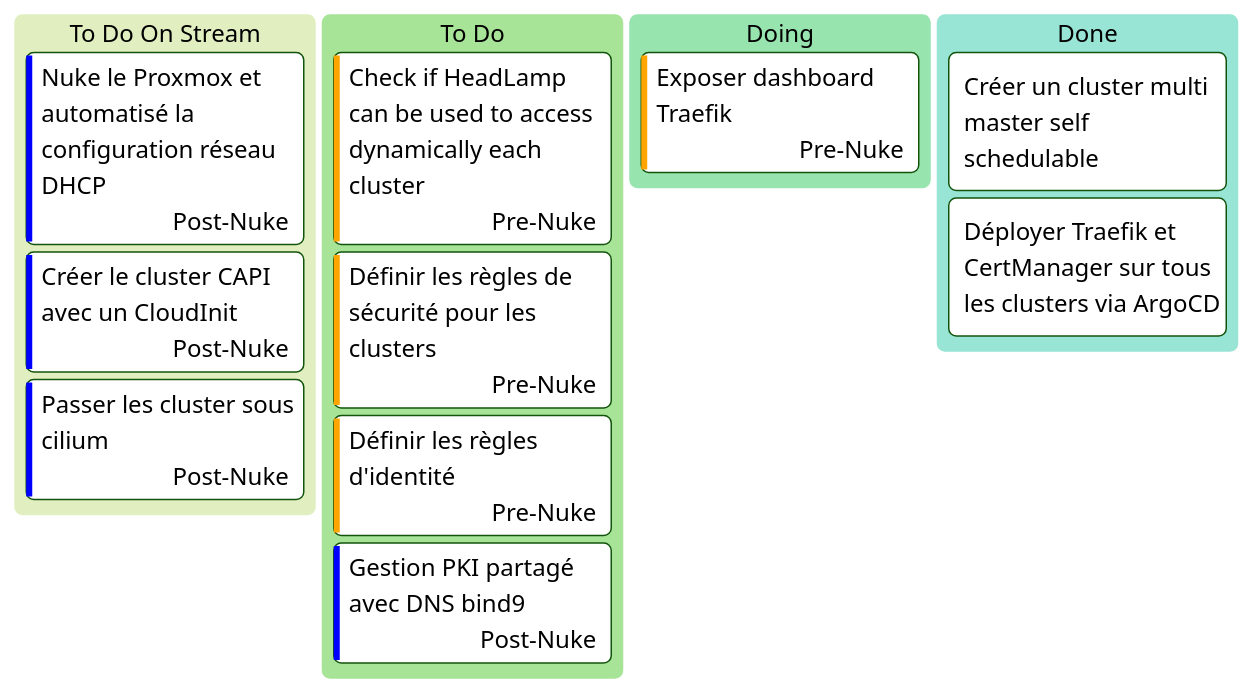
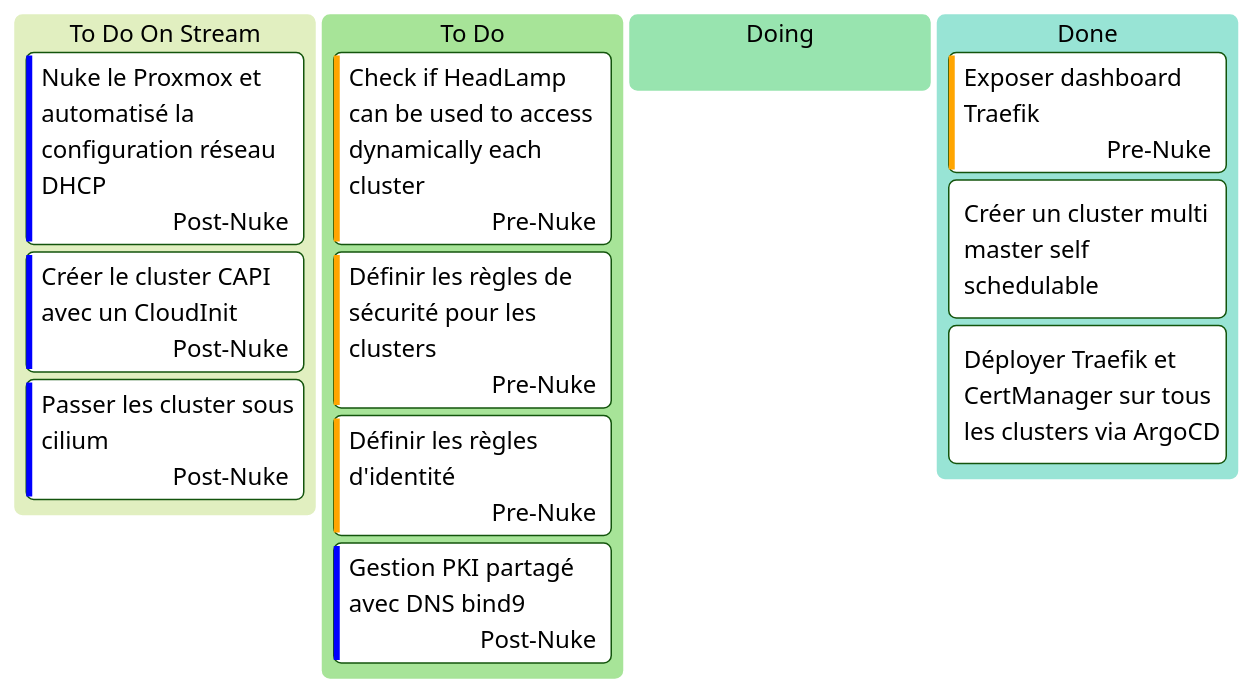
The diagram in docs/0.introduction/kanban.md (batleforc/weebo-si), drawn with Mermaid (forest theme) before and after one commit.

Commit message:
feat: update kanban

````diff
--- a/docs/0.introduction/kanban.md
+++ b/docs/0.introduction/kanban.md
@@ -3,24 +3,23 @@
 ```mermaid
 ---
 config:
   kanban:
     ticketBaseUrl: 'https://github.com/batleforc/weebo-si/issue/#TICKET#'
 ---
 
 kanban
   todoS[To Do On Stream]
     us4[Nuke le Proxmox et automatisé la configuration réseau DHCP]@{ assigned: Post-Nuke, priority: 'Low'}
     us5[Créer le cluster CAPI avec un CloudInit]@{ assigned: Post-Nuke, priority: 'Low'}
     us6[Passer les cluster sous cilium]@{ assigned: Post-Nuke, priority: 'Low'}
   todo[To Do]
-    
     use8[Check if HeadLamp can be used to access dynamically each cluster]@{ assigned: Pre-Nuke, priority: 'High'}
     us3[Définir les règles de sécurité pour les clusters]@{ assigned: Pre-Nuke, priority: 'High'}
     us8[Définir les règles d'identité]@{ assigned: Pre-Nuke, priority: 'High'}
     us7[Gestion PKI partagé avec DNS bind9]@{ assigned: Post-Nuke, priority: 'Low'}
   doing[Doing]
+  done[Done]
     us7[Exposer dashboard Traefik]@{ assigned: Pre-Nuke, priority: 'High'}
-  done[Done]
     us1[Créer un cluster multi master self schedulable]
     us2[Déployer Traefik et CertManager sur tous les clusters via ArgoCD]
 ```
````
